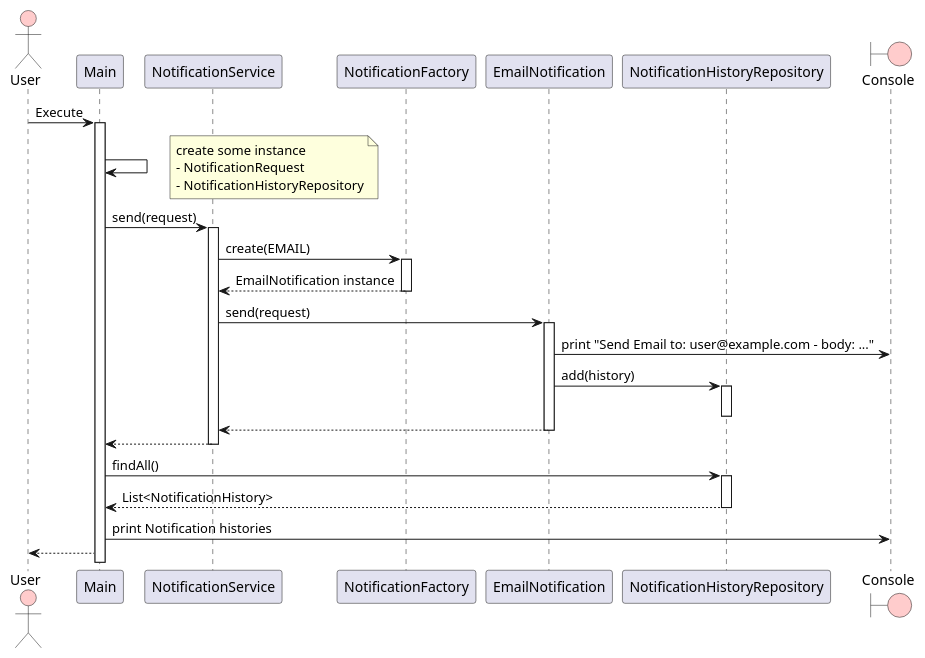
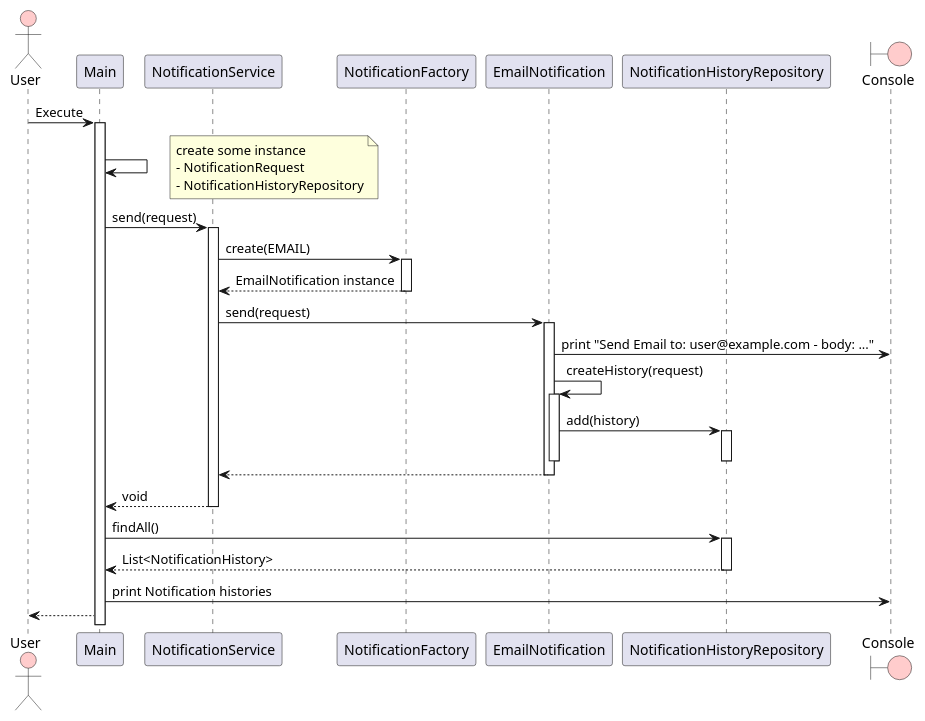
One commit to tri-shtr/notification-app changed the diagram in docs/fig/sequence_diagram.puml. Above: the diagram before and after it, drawn with PlantUML. The commit also changed 1 other file, not shown here.

```diff
--- a/docs/fig/sequence_diagram.puml
+++ b/docs/fig/sequence_diagram.puml
@@ -1,41 +1,44 @@
 @startuml sequence_diagram
 actor User #ffcccc
 participant Main
 participant NotificationService
 participant NotificationFactory
 participant EmailNotification
 participant NotificationHistoryRepository
 boundary Console #ffcccc
 
 User -> Main: Execute
 activate Main
 Main -> Main
 note right
   create some instance
   - NotificationRequest
   - NotificationHistoryRepository
 end note
 Main -> NotificationService: send(request)
 activate NotificationService
 NotificationService -> NotificationFactory: create(EMAIL)
 activate NotificationFactory
 NotificationFactory --> NotificationService: EmailNotification instance
 deactivate NotificationFactory
 NotificationService -> EmailNotification: send(request)
 activate EmailNotification
 EmailNotification -> Console: print "Send Email to: user@example.com - body: ..."
+EmailNotification -> EmailNotification: createHistory(request)
+activate EmailNotification
 EmailNotification -> NotificationHistoryRepository: add(history)
 activate NotificationHistoryRepository
 deactivate NotificationHistoryRepository
+deactivate EmailNotification
 EmailNotification --> NotificationService
 deactivate EmailNotification
-NotificationService --> Main
+NotificationService --> Main: void
 deactivate NotificationService
 Main -> NotificationHistoryRepository: findAll()
 activate NotificationHistoryRepository
 NotificationHistoryRepository --> Main: List<NotificationHistory>
 deactivate NotificationHistoryRepository
 Main -> Console: print Notification histories
 
 Main --> User
 @enduml
```
